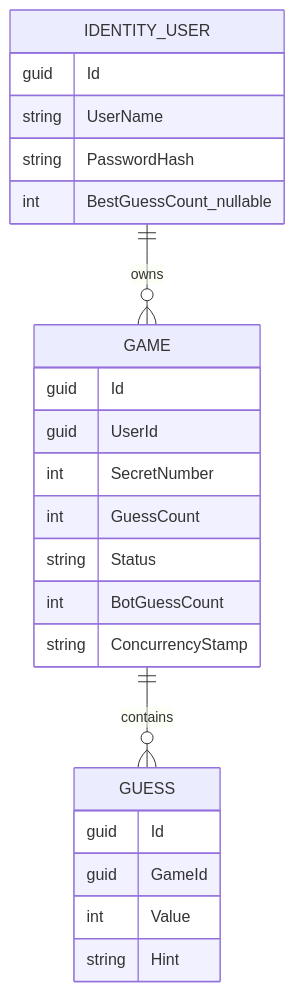
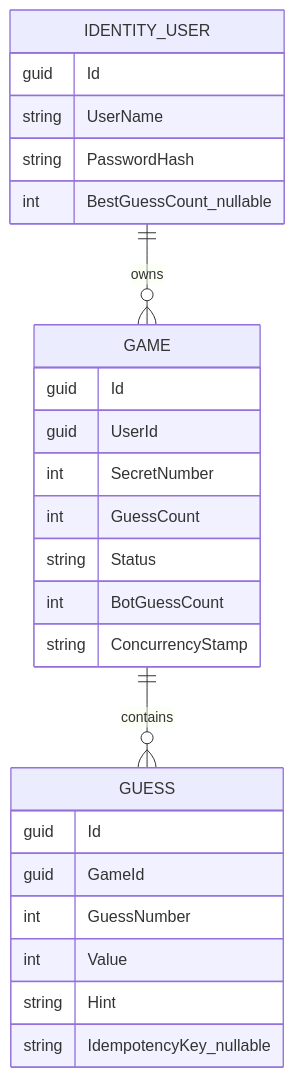
One commit to MostafaMonib/AbpGuessGame changed the eighth of 23 diagrams in DOCUMENTATION.md. Above: the diagram before and after it, drawn with Mermaid. The commit also changed other lines of this file and 288 other files, not shown here.

````diff
--- a/DOCUMENTATION.md
+++ b/DOCUMENTATION.md
@@ -396,29 +398,31 @@
 ```mermaid
 erDiagram
   IDENTITY_USER ||--o{ GAME : owns
   GAME ||--o{ GUESS : contains
 
   IDENTITY_USER {
     guid Id
     string UserName
     string PasswordHash
     int BestGuessCount_nullable
   }
 
   GAME {
     guid Id
     guid UserId
     int SecretNumber
     int GuessCount
     string Status
     int BotGuessCount
     string ConcurrencyStamp
   }
 
   GUESS {
     guid Id
     guid GameId
+    int GuessNumber
     int Value
     string Hint
+    string IdempotencyKey_nullable
   }
 ```
````
